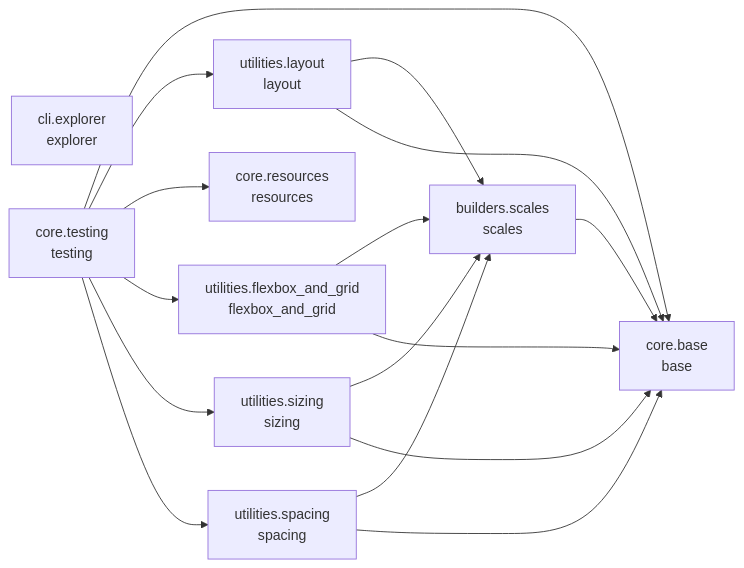
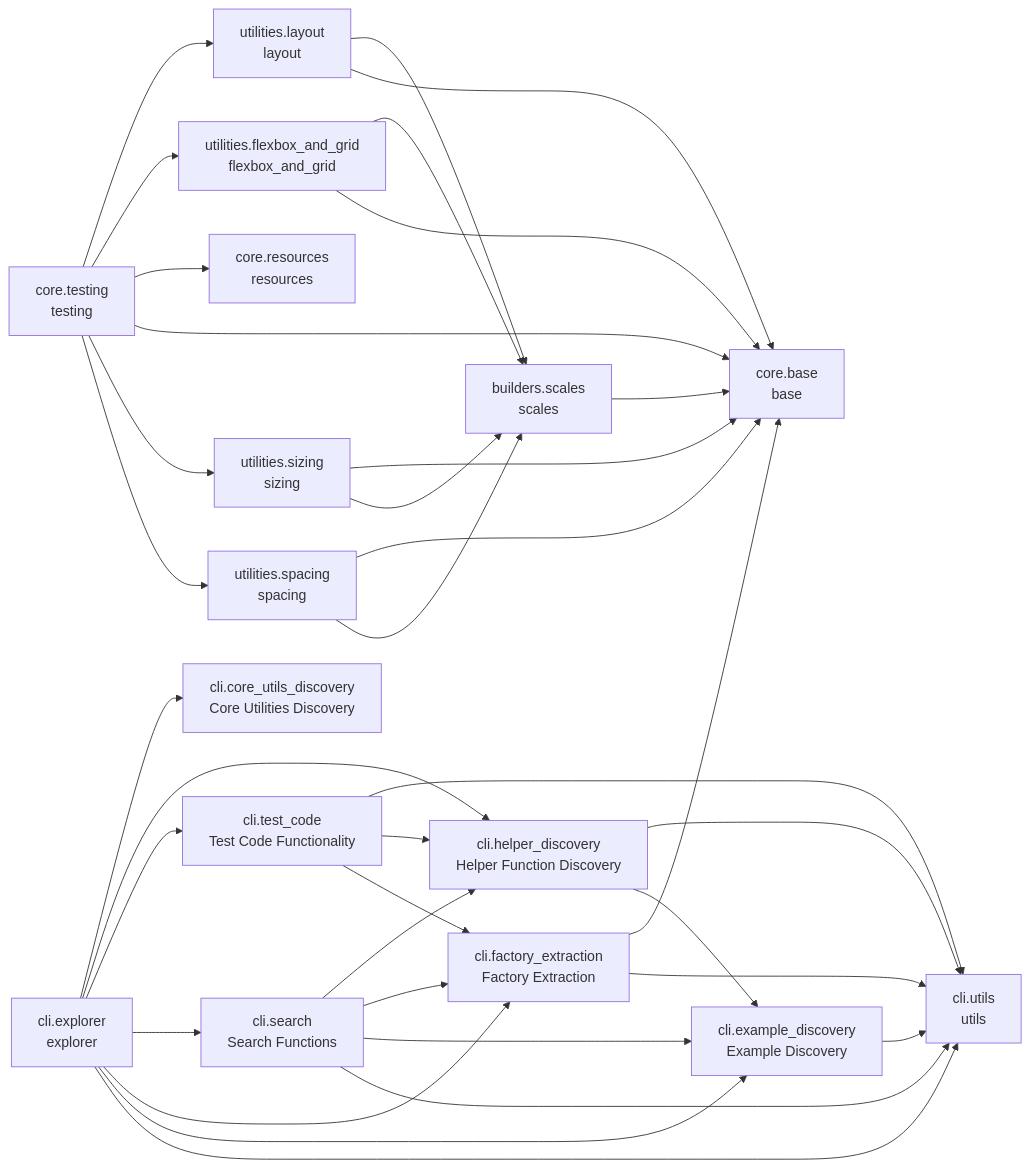
Before and after one commit to cj-mills/cjm-fasthtml-tailwind: the diagram in README.md, drawn with Mermaid. The commit also changed other lines of this file and 31 other files, not shown here.

````diff
--- a/README.md
+++ b/README.md
@@ -33,28 +40,54 @@
 ``` mermaid
 graph LR
     builders_scales[builders.scales<br/>scales]
+    cli_core_utils_discovery[cli.core_utils_discovery<br/>Core Utilities Discovery]
+    cli_example_discovery[cli.example_discovery<br/>Example Discovery]
     cli_explorer[cli.explorer<br/>explorer]
+    cli_factory_extraction[cli.factory_extraction<br/>Factory Extraction]
+    cli_helper_discovery[cli.helper_discovery<br/>Helper Function Discovery]
+    cli_search[cli.search<br/>Search Functions]
+    cli_test_code[cli.test_code<br/>Test Code Functionality]
+    cli_utils[cli.utils<br/>utils]
     core_base[core.base<br/>base]
     core_resources[core.resources<br/>resources]
     core_testing[core.testing<br/>testing]
     utilities_flexbox_and_grid[utilities.flexbox_and_grid<br/>flexbox_and_grid]
     utilities_layout[utilities.layout<br/>layout]
     utilities_sizing[utilities.sizing<br/>sizing]
     utilities_spacing[utilities.spacing<br/>spacing]
 
     builders_scales --> core_base
+    cli_example_discovery --> cli_utils
+    cli_explorer --> cli_utils
+    cli_explorer --> cli_example_discovery
+    cli_explorer --> cli_factory_extraction
+    cli_explorer --> cli_search
+    cli_explorer --> cli_test_code
+    cli_explorer --> cli_helper_discovery
+    cli_explorer --> cli_core_utils_discovery
+    cli_factory_extraction --> cli_utils
+    cli_factory_extraction --> core_base
+    cli_helper_discovery --> cli_example_discovery
+    cli_helper_discovery --> cli_utils
+    cli_search --> cli_utils
+    cli_search --> cli_example_discovery
+    cli_search --> cli_factory_extraction
+    cli_search --> cli_helper_discovery
+    cli_test_code --> cli_factory_extraction
+    cli_test_code --> cli_helper_discovery
+    cli_test_code --> cli_utils
+    core_testing --> utilities_spacing
+    core_testing --> utilities_sizing
     core_testing --> core_base
-    core_testing --> utilities_layout
     core_testing --> core_resources
     core_testing --> utilities_flexbox_and_grid
-    core_testing --> utilities_sizing
-    core_testing --> utilities_spacing
+    core_testing --> utilities_layout
+    utilities_flexbox_and_grid --> core_base
     utilities_flexbox_and_grid --> builders_scales
-    utilities_flexbox_and_grid --> core_base
+    utilities_layout --> core_base
     utilities_layout --> builders_scales
-    utilities_layout --> core_base
     utilities_sizing --> builders_scales
     utilities_sizing --> core_base
     utilities_spacing --> builders_scales
     utilities_spacing --> core_base
 ```
````
